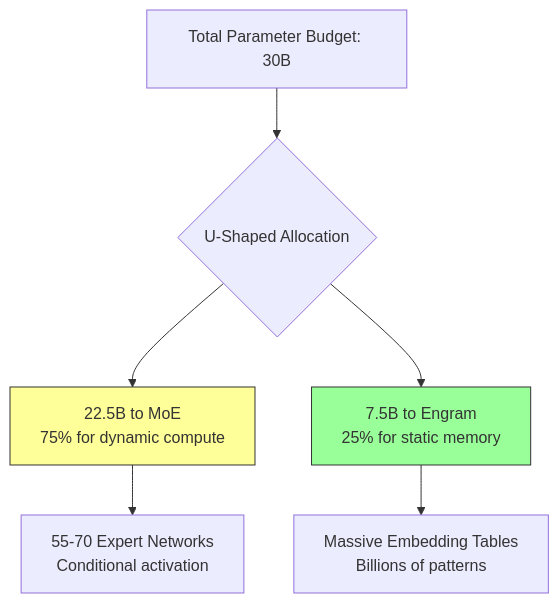
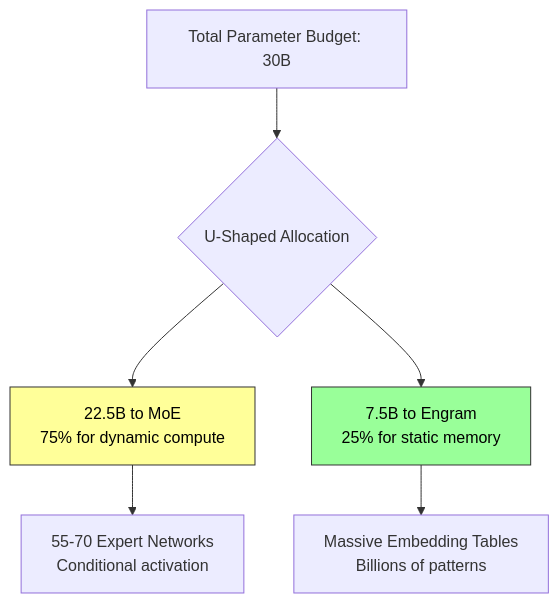
Before and after one commit to rsrini7/Learnings: diagram 18 of 22 in Papers/Deepseek-Engram.md, drawn with Mermaid. The commit also changed other lines of this file, not shown here.

Commit message:
mermaid diagram text color updated

````diff
--- a/Papers/Deepseek-Engram.md
+++ b/Papers/Deepseek-Engram.md
@@ -960,13 +959,13 @@
 ```mermaid
 graph TD
     A[Total Parameter Budget: 30B] --> B{U-Shaped Allocation}
     
     B --> C[22.5B to MoE<br/>75% for dynamic compute]
     B --> D[7.5B to Engram<br/>25% for static memory]
     
     C --> E[55-70 Expert Networks<br/>Conditional activation]
     D --> F[Massive Embedding Tables<br/>Billions of patterns]
     
-    style C fill:#ff9,stroke:#333
-    style D fill:#9f9,stroke:#333
+    style C fill:#ff9,stroke:#333,color:#000
+    style D fill:#9f9,stroke:#333,color:#000
 ```
````
